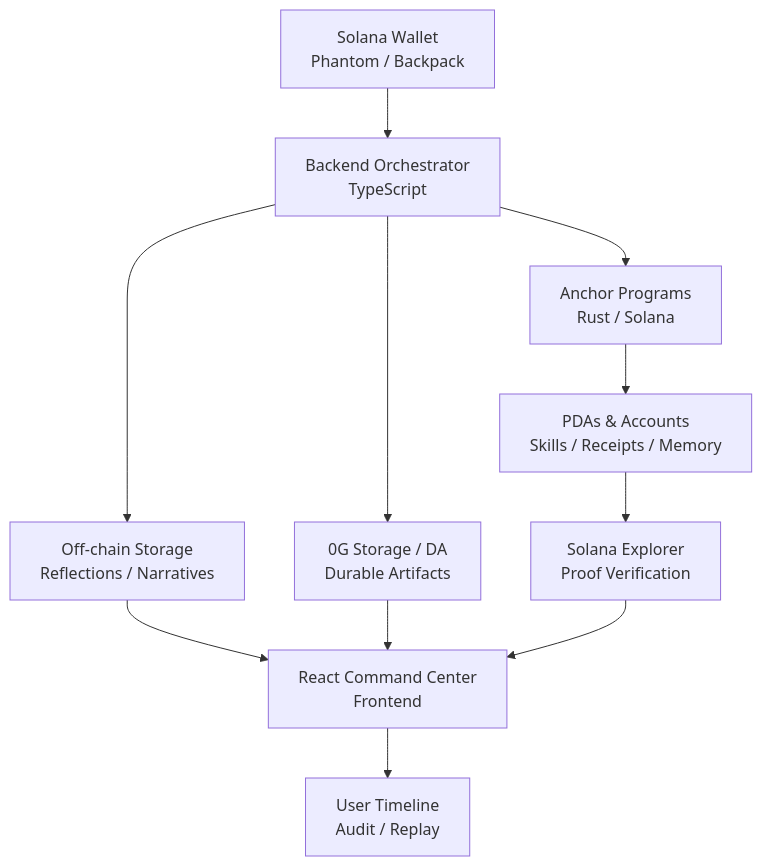
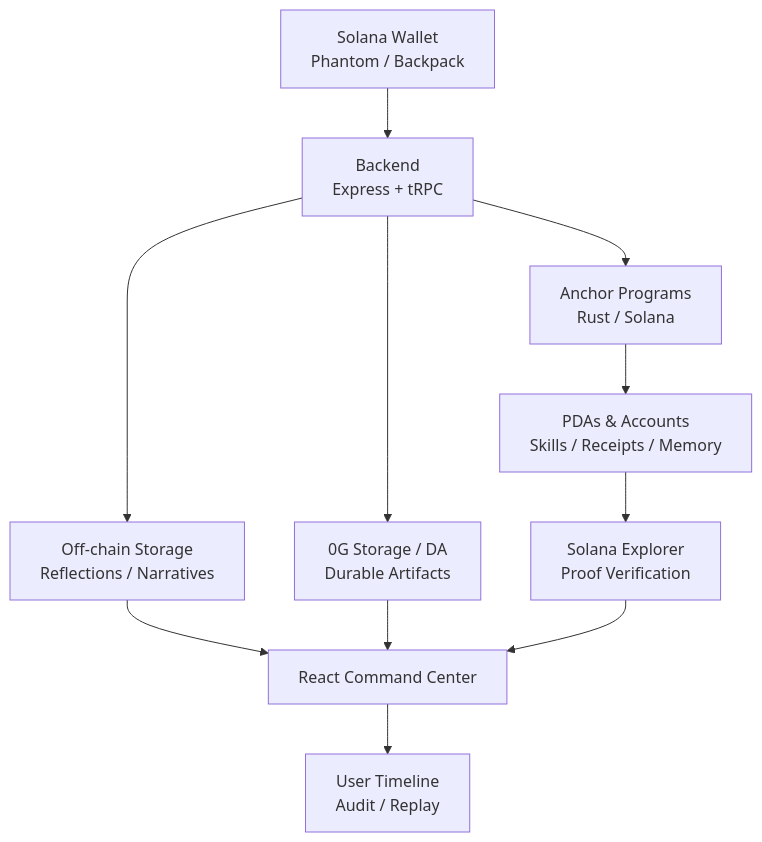
The first of 12 diagrams in README.md (lucylow/Solana-Claw-Machine-Swarm), drawn with Mermaid before and after one commit. The commit also changed other lines of this file and 26 other files, not shown here.

````diff
--- a/README.md
+++ b/README.md
@@ -152,13 +133,13 @@
 ```mermaid
 flowchart TD
-    A[Solana Wallet<br/>Phantom / Backpack] --> B[Backend Orchestrator<br/>TypeScript]
+    A[Solana Wallet<br/>Phantom / Backpack] --> B[Backend<br/>Express + tRPC]
     B --> C[Anchor Programs<br/>Rust / Solana]
     C --> D[PDAs & Accounts<br/>Skills / Receipts / Memory]
     B --> E[Off-chain Storage<br/>Reflections / Narratives]
     B --> F[0G Storage / DA<br/>Durable Artifacts]
     D --> G[Solana Explorer<br/>Proof Verification]
-    E --> H[React Command Center<br/>Frontend]
+    E --> H[React Command Center]
     F --> H
     G --> H
     H --> I[User Timeline<br/>Audit / Replay]
 ```
````
